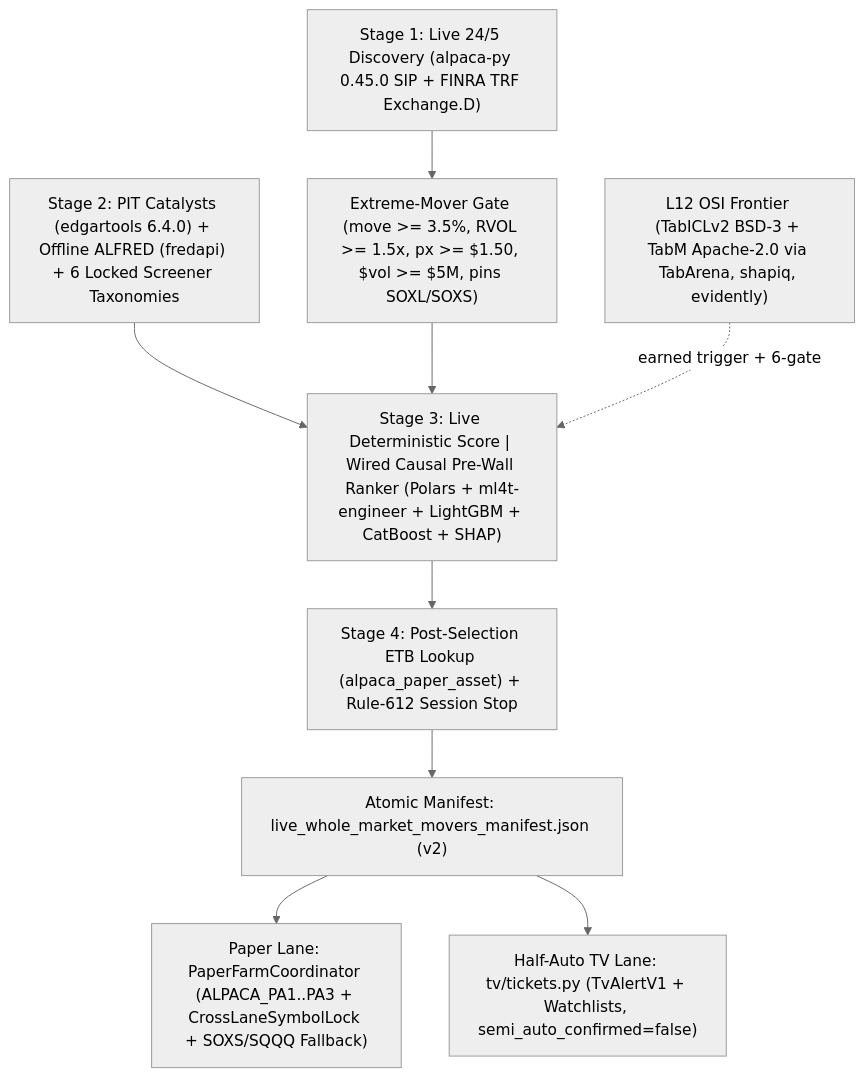
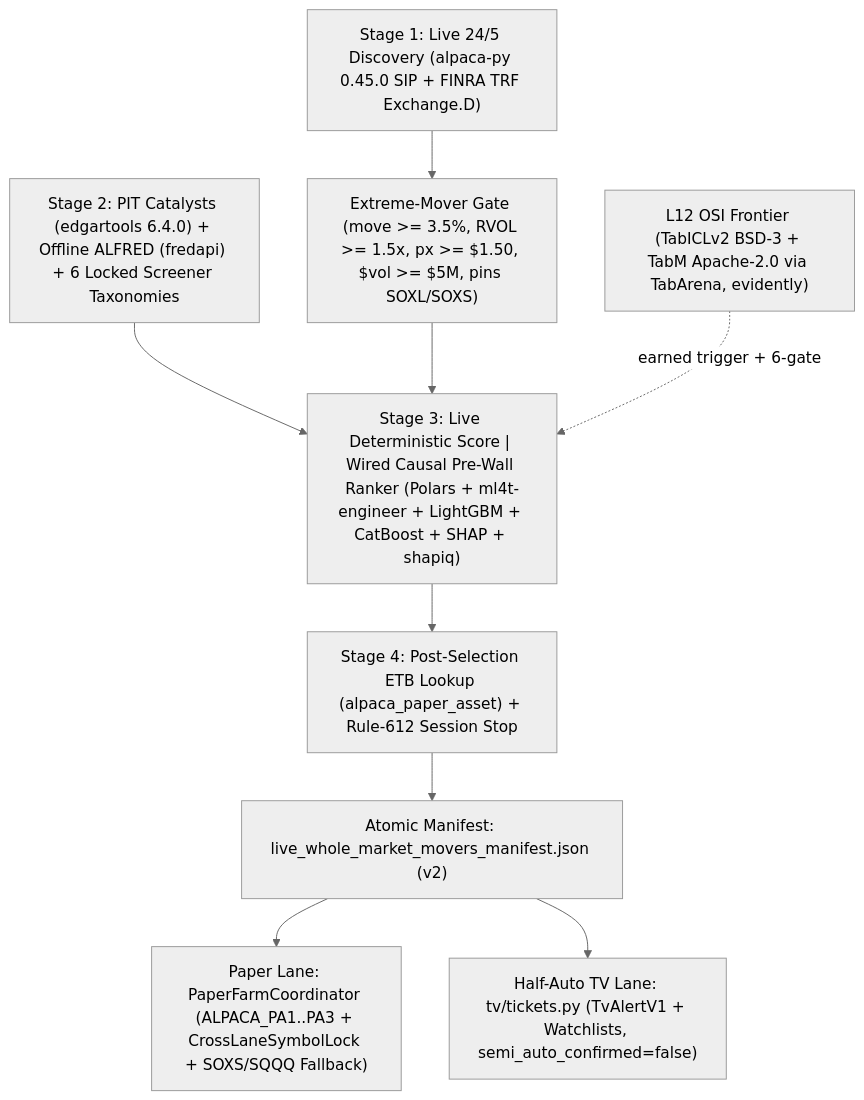
Before and after one commit to seathatflowsinourveins/noesis: the diagram in docs/adr/ADR-0014.md, drawn with Mermaid (neutral theme). The commit also changed other lines of this file and 51 other files, not shown here.

````diff
--- a/docs/adr/ADR-0014.md
+++ b/docs/adr/ADR-0014.md
@@ -79,11 +79,11 @@
 ```mermaid
 flowchart TD
     S1["Stage 1: Live 24/5 Discovery (alpaca-py 0.45.0 SIP + FINRA TRF Exchange.D)"] --> G1["Extreme-Mover Gate (move >= 3.5%, RVOL >= 1.5x, px >= $1.50, $vol >= $5M, pins SOXL/SOXS)"]
     C1["Stage 2: PIT Catalysts (edgartools 6.4.0) + Offline ALFRED (fredapi) + 6 Locked Screener Taxonomies"] --> R1
-    G1 --> R1["Stage 3: Live Deterministic Score | Wired Causal Pre-Wall Ranker (Polars + ml4t-engineer + LightGBM + CatBoost + SHAP)"]
-    L12["L12 OSI Frontier (TabICLv2 BSD-3 + TabM Apache-2.0 via TabArena, shapiq, evidently)"] -. earned trigger + 6-gate .-> R1
+    G1 --> R1["Stage 3: Live Deterministic Score | Wired Causal Pre-Wall Ranker (Polars + ml4t-engineer + LightGBM + CatBoost + SHAP + shapiq)"]
+    L12["L12 OSI Frontier (TabICLv2 BSD-3 + TabM Apache-2.0 via TabArena, evidently)"] -. earned trigger + 6-gate .-> R1
     R1 --> B1["Stage 4: Post-Selection ETB Lookup (alpaca_paper_asset) + Rule-612 Session Stop"]
     B1 --> M1["Atomic Manifest: live_whole_market_movers_manifest.json (v2)"]
     M1 --> P1["Paper Lane: PaperFarmCoordinator (ALPACA_PA1..PA3 + CrossLaneSymbolLock + SOXS/SQQQ Fallback)"]
     M1 --> T1["Half-Auto TV Lane: tv/tickets.py (TvAlertV1 + Watchlists, semi_auto_confirmed=false)"]
 ```
````
